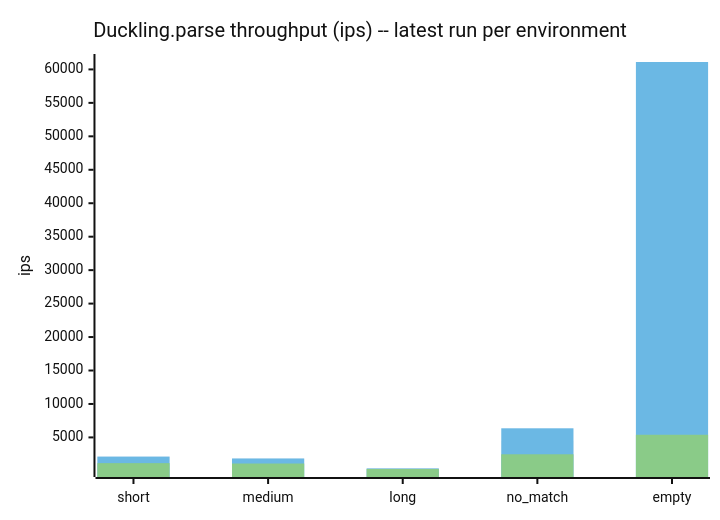
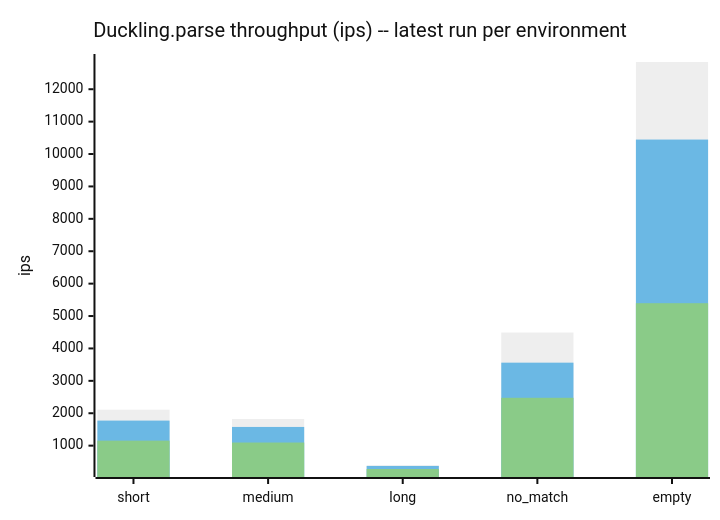
The fourth of 5 diagrams in docs/benchmarks/README.md (cpb/duckling), drawn with Mermaid (neutral theme) before and after one commit. The commit also changed other lines of this file and 1 other file, not shown here.

Commit message:
Record fresh claude-code-web benchmark observation for v0.2.0

````diff
--- a/docs/benchmarks/README.md
+++ b/docs/benchmarks/README.md
@@ -111,9 +133,9 @@
 ```mermaid
 xychart-beta
     title "Duckling.parse throughput (ips) -- latest run per environment"
     x-axis [short, medium, long, no_match, empty]
     y-axis "ips"
     bar "github-actions" [2109.2, 1822.2, 395.1, 4491.6, 12840.3]
-    bar "claude-code-web" [2135.1, 1852.3, 366.0, 6362.9, 61108.3]
+    bar "claude-code-web" [1773.1, 1577.3, 373.4, 3561.1, 10446.8]
     bar "local" [1154.4, 1095.9, 279.2, 2477.0, 5396.2]
 ```
````
